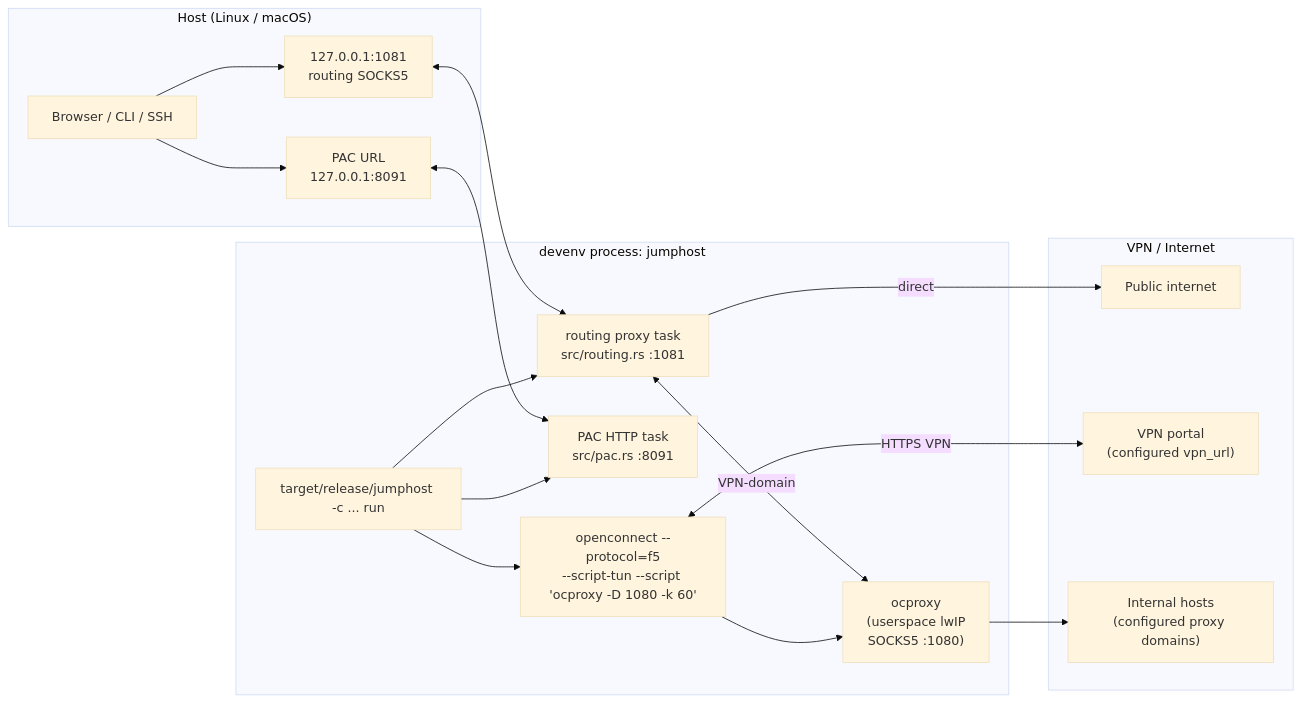
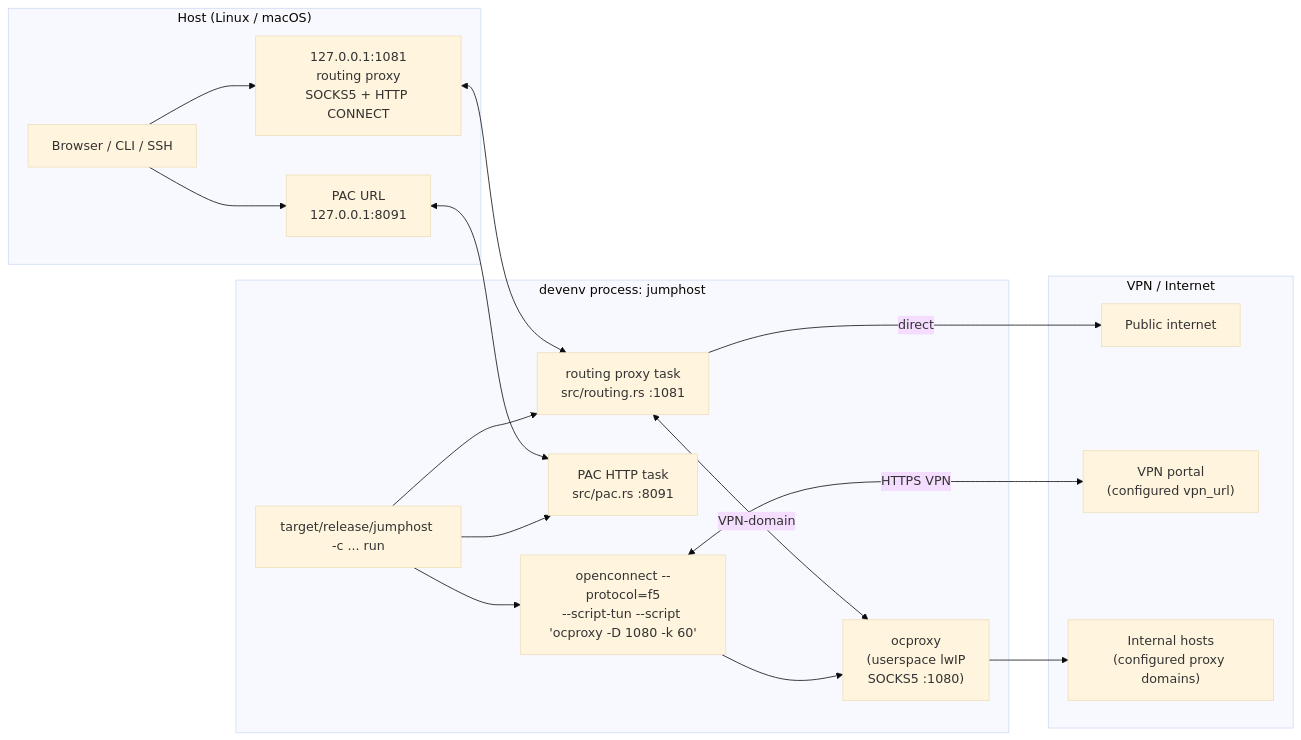
One commit to VITO-RMA/vpn-jumphost changed the first of 2 diagrams in docs/architecture.md. Above: the diagram before and after it, drawn with Mermaid (base theme). The commit also changed other lines of this file and 2 other files, not shown here.

Commit message:
When setting the routing proxy as global https_proxy some tools send http connects over the proxy. Make sure we also handle those.

````diff
--- a/docs/architecture.md
+++ b/docs/architecture.md
@@ -25,35 +25,35 @@
 ```mermaid
 flowchart LR
   subgraph Host["Host (Linux / macOS)"]
     Browser["Browser / CLI / SSH"]
     PAC["PAC URL\n127.0.0.1:8091"]
-    LP["127.0.0.1:1081\nrouting SOCKS5"]
+    LP["127.0.0.1:1081\nrouting proxy\nSOCKS5 + HTTP CONNECT"]
     Browser --> PAC
     Browser --> LP
   end
 
   subgraph DV["devenv process: jumphost"]
     JH["target/release/jumphost -c ... run"]
     RP["routing proxy task\nsrc/routing.rs :1081"]
     PS["PAC HTTP task\nsrc/pac.rs :8091"]
     OC["openconnect --protocol=f5\n--script-tun --script 'ocproxy -D 1080 -k 60'"]
     OCP["ocproxy\n(userspace lwIP\nSOCKS5 :1080)"]
     JH --> RP
     JH --> PS
     JH --> OC
     OC --> OCP
   end
 
   PAC <--> PS
   LP <--> RP
   RP <-->|VPN-domain| OCP
   RP -->|direct| Internet
   OC <-->|HTTPS VPN| BYOD
   OCP --> Intra
 
   subgraph Remote["VPN / Internet"]
     BYOD["VPN portal\n(configured vpn_url)"]
     Intra["Internal hosts\n(configured proxy domains)"]
     Internet["Public internet"]
   end
 ```
````
